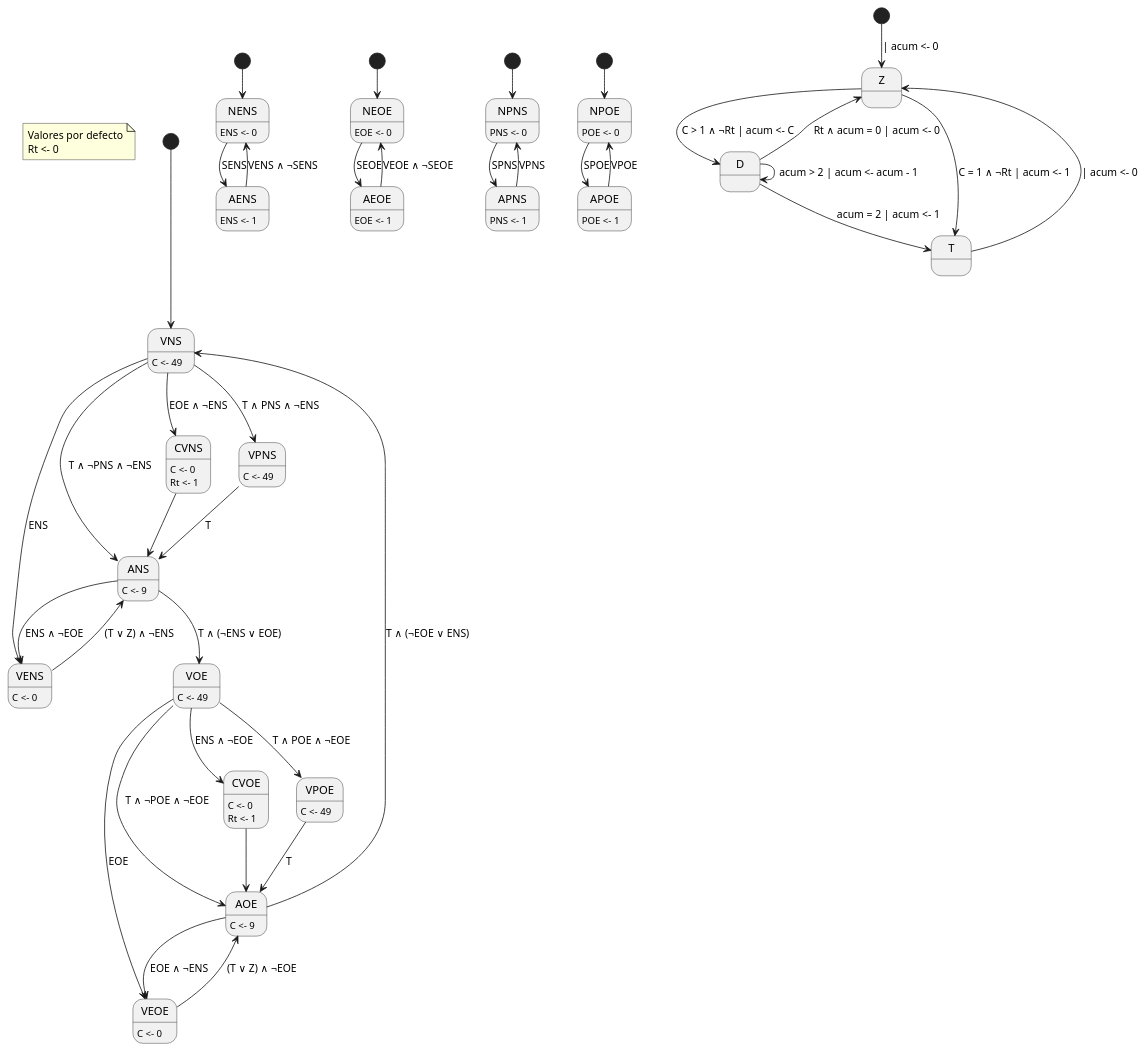
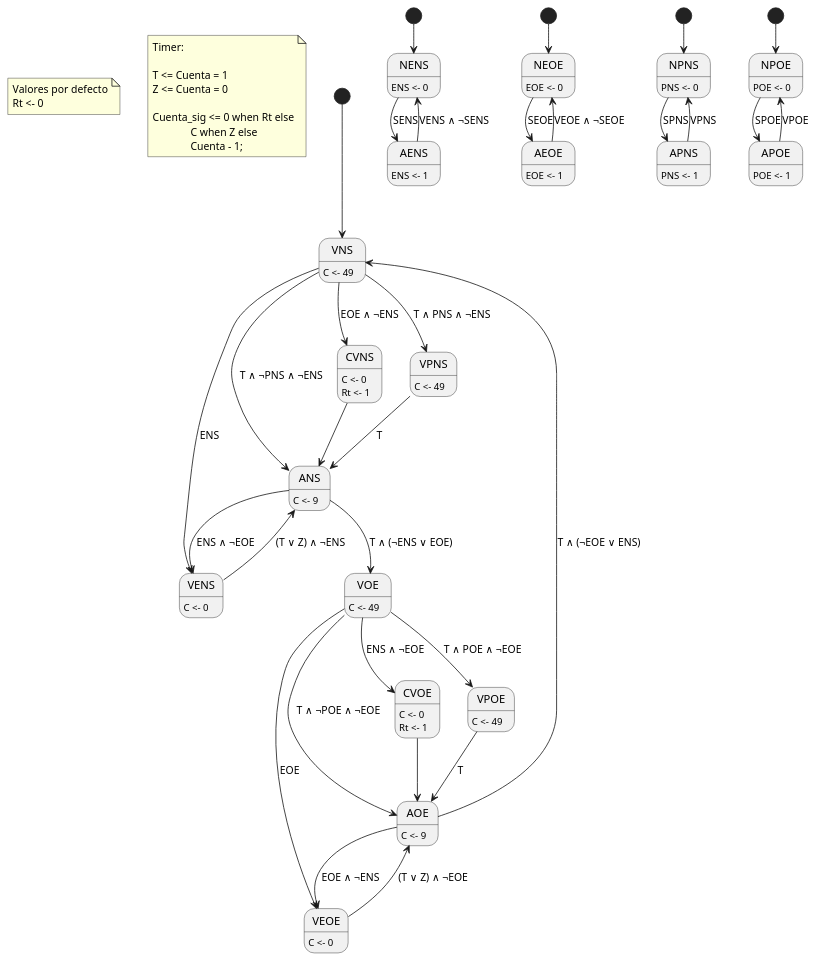
Before and after one commit to fmirandabonomi/eii-actividad-6-guia: the diagram in diagrama_de_estado.puml, drawn with PlantUML.

Commit message:
Timer datapath

```diff
--- a/diagrama_de_estado.puml
+++ b/diagrama_de_estado.puml
@@ -1,79 +1,80 @@
 @startuml
 
-note as N1
+note as N_valor_defecto
  Valores por defecto
  Rt <- 0
+end note
+
+note as N_timer
+Timer:
+
+T <= Cuenta = 1
+Z <= Cuenta = 0
+
+Cuenta_sig <= 0 when Rt else
+              C when Z else
+              Cuenta - 1;
 end note
 
 VNS : C <- 49
 CVNS : C <- 0
 CVNS : Rt <- 1
 VPNS : C <- 49
 VENS : C <- 0
 VOE : C <- 49
 CVOE : C <- 0
 CVOE : Rt <- 1
 VPOE : C <- 49
 VEOE : C <- 0
 ANS : C <- 9
 AOE : C <- 9
 
 [*] --> VNS
 VNS --> ANS : T ∧ ¬PNS ∧ ¬ENS
 VNS --> VPNS : T ∧ PNS ∧ ¬ENS
 VNS --> VENS : ENS
 VNS --> CVNS : EOE ∧ ¬ENS
 CVNS --> ANS
 VENS --> ANS : (T ∨ Z) ∧ ¬ENS
 VPNS --> ANS : T
 ANS --> VOE : T ∧ (¬ENS ∨ EOE)
 ANS --> VENS : ENS ∧ ¬EOE
 VOE --> AOE : T ∧ ¬POE ∧ ¬EOE
 VOE --> VPOE : T ∧ POE ∧ ¬EOE
 VOE --> VEOE : EOE
 VOE --> CVOE : ENS ∧ ¬EOE
 CVOE --> AOE
 VEOE --> AOE : (T ∨ Z) ∧ ¬EOE
 VPOE --> AOE : T
 AOE --> VNS : T ∧ (¬EOE ∨ ENS)
 AOE --> VEOE : EOE ∧ ¬ENS
 
 ||
 NENS : ENS <- 0
 AENS : ENS <- 1
 [*] --> NENS
 NENS --> AENS : SENS
 AENS --> NENS : VENS ∧ ¬SENS
 
 ||
 NEOE : EOE <- 0
 AEOE : EOE <- 1
 [*] --> NEOE
 NEOE --> AEOE : SEOE
 AEOE --> NEOE : VEOE ∧ ¬SEOE
 
 ||
 NPNS : PNS <- 0
 APNS : PNS <- 1
 [*] --> NPNS
 NPNS --> APNS : SPNS
 APNS --> NPNS : VPNS
 
 ||
 NPOE : POE <- 0
 APOE : POE <- 1
 [*] --> NPOE
 NPOE --> APOE : SPOE
 APOE --> NPOE : VPOE
 
-||
-
-[*]--> Z : | acum <- 0
-Z --> D : C > 1 ∧ ¬Rt | acum <- C
-Z --> T : C = 1 ∧ ¬Rt | acum <- 1
-T --> Z : | acum <- 0
-D --> T : acum = 2 | acum <- 1
-D --> D : acum > 2 | acum <- acum - 1
-D --> Z : Rt ∧ acum = 0 | acum <- 0
-
 @enduml
```
